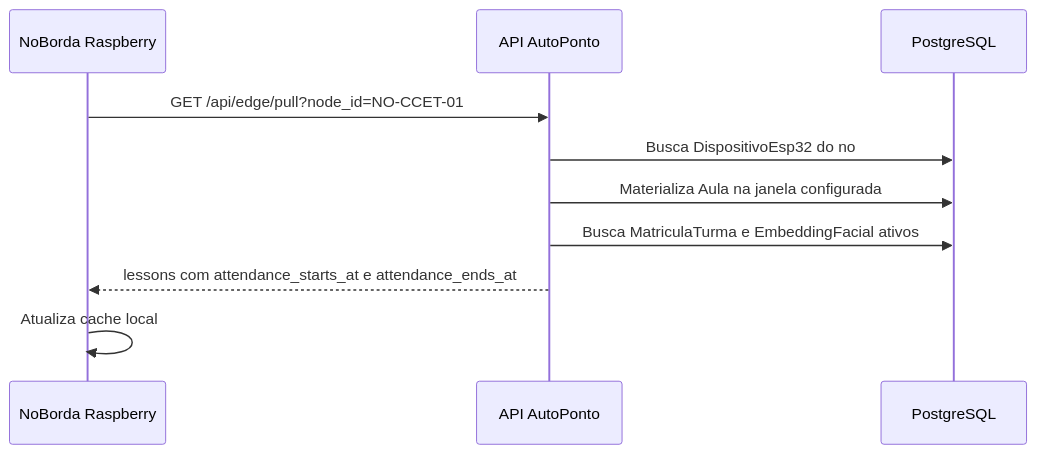
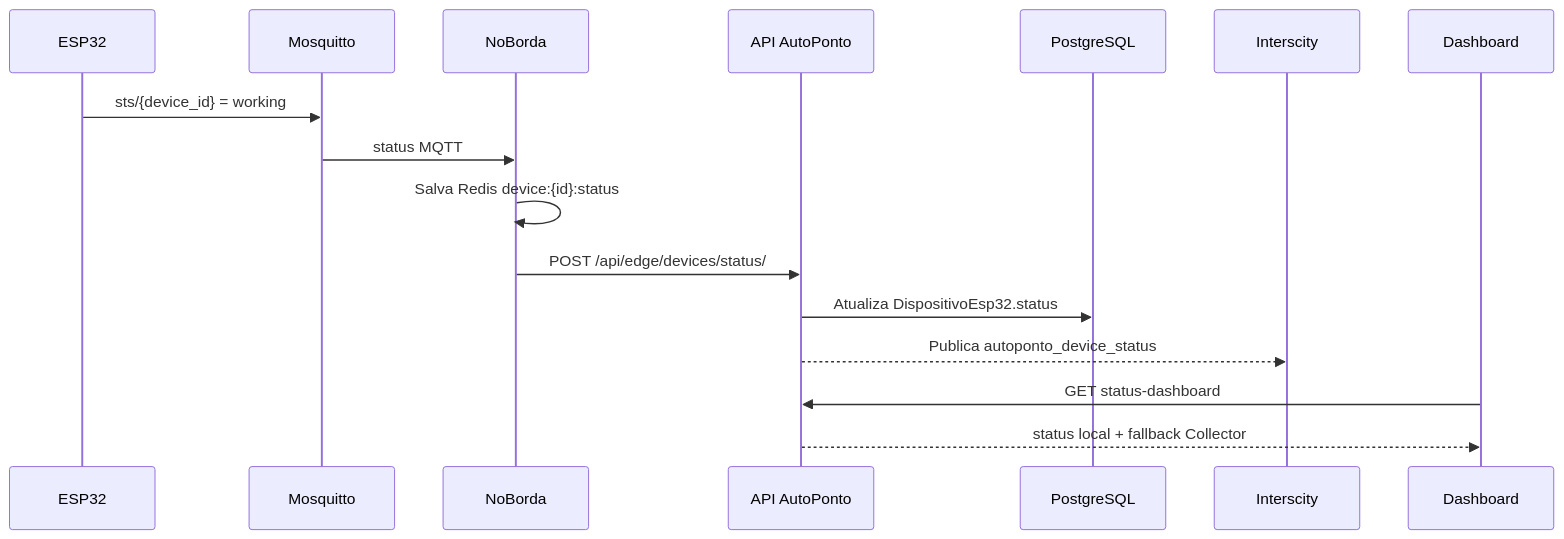
One commit to DanielKGM/autoponto changed the sixth of 11 diagrams in autoponto-backend/docs/diagramas-tcc.md. Above: the diagram before and after it, drawn with Mermaid. The commit also changed other lines of this file and 42 other files, not shown here.

````diff
--- a/autoponto-backend/docs/diagramas-tcc.md
+++ b/autoponto-backend/docs/diagramas-tcc.md
@@ -207,13 +123,19 @@
 ```mermaid
 sequenceDiagram
-    participant Edge as NoBorda Raspberry
+    participant ESP as ESP32
+    participant MQTT as Mosquitto
+    participant Edge as NoBorda
     participant API as API AutoPonto
     participant DB as PostgreSQL
+    participant IC as Interscity
+    participant Front as Dashboard
 
-    Edge->>API: GET /api/edge/pull?node_id=NO-CCET-01
-    API->>DB: Busca DispositivoEsp32 do no
-    API->>DB: Materializa Aula na janela configurada
-    API->>DB: Busca MatriculaTurma e EmbeddingFacial ativos
-    API-->>Edge: lessons com attendance_starts_at e attendance_ends_at
-    Edge->>Edge: Atualiza cache local
+    ESP->>MQTT: sts/{device_id} = working
+    MQTT->>Edge: status MQTT
+    Edge->>Edge: Salva Redis device:{id}:status
+    Edge->>API: POST /api/edge/devices/status/
+    API->>DB: Atualiza DispositivoEsp32.status
+    API-->>IC: Publica autoponto_device_status
+    Front->>API: GET status-dashboard
+    API-->>Front: status local + fallback Collector
 ```
````
